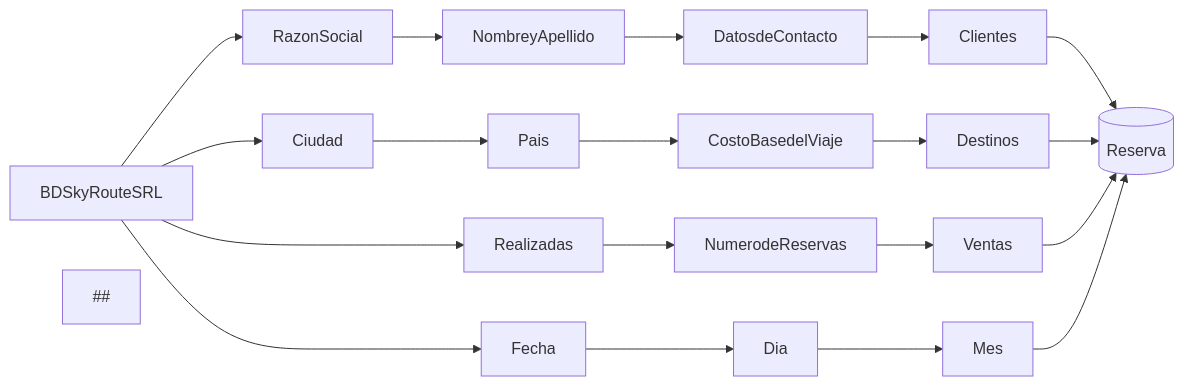
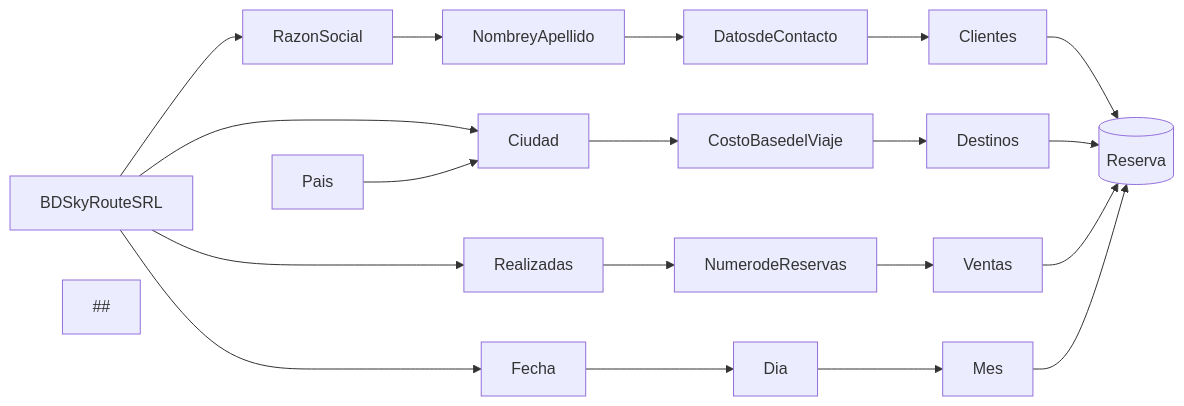
One commit to Juan-jcm-7/BD changed the diagram in README.MD. Above: the diagram before and after it, drawn with Mermaid.

````diff
--- a/README.MD
+++ b/README.MD
@@ -1,24 +1,24 @@
 ```mermaid
 graph LR;
   ordersDB[(Reserva)]
   BDSkyRouteSRL-->RazonSocial;
 RazonSocial-->NombreyApellido
   NombreyApellido-->DatosdeContacto;
   DatosdeContacto-->Clientes;
   Clientes-->ordersDB;
 ##
   BDSkyRouteSRL-->Ciudad
-  Ciudad-->Pais;
-  Pais-->CostoBasedelViaje;
+  Pais-->Ciudad;
+  Ciudad-->CostoBasedelViaje;
   CostoBasedelViaje-->Destinos;
   Destinos-->ordersDB;
 ##
   BDSkyRouteSRL-->Realizadas
   Realizadas-->NumerodeReservas
   NumerodeReservas-->Ventas;
   Ventas-->ordersDB;
   BDSkyRouteSRL-->Fecha;
   Fecha-->Dia;
   Dia-->Mes;
   Mes-->ordersDB;
 ```
````
